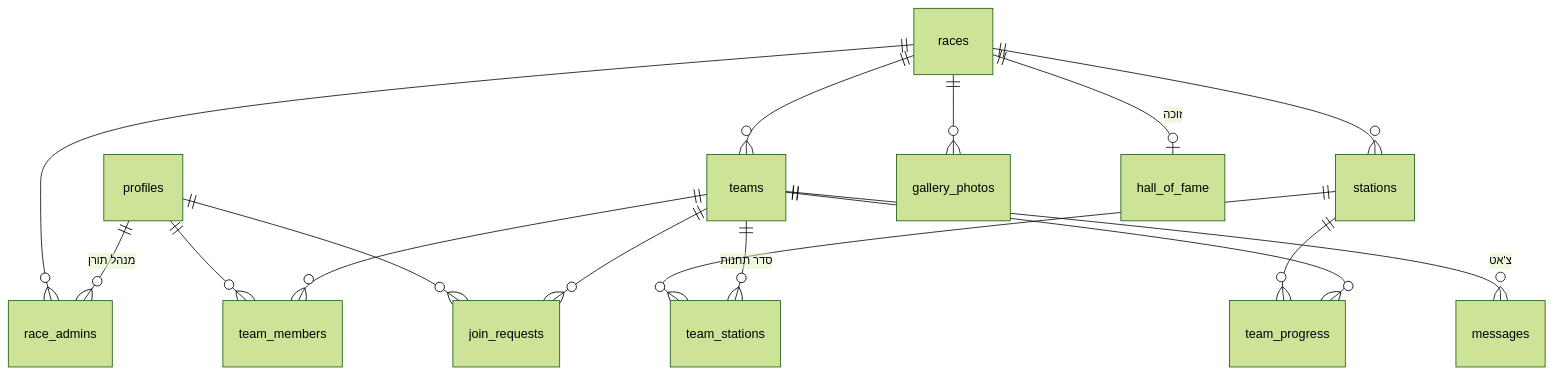
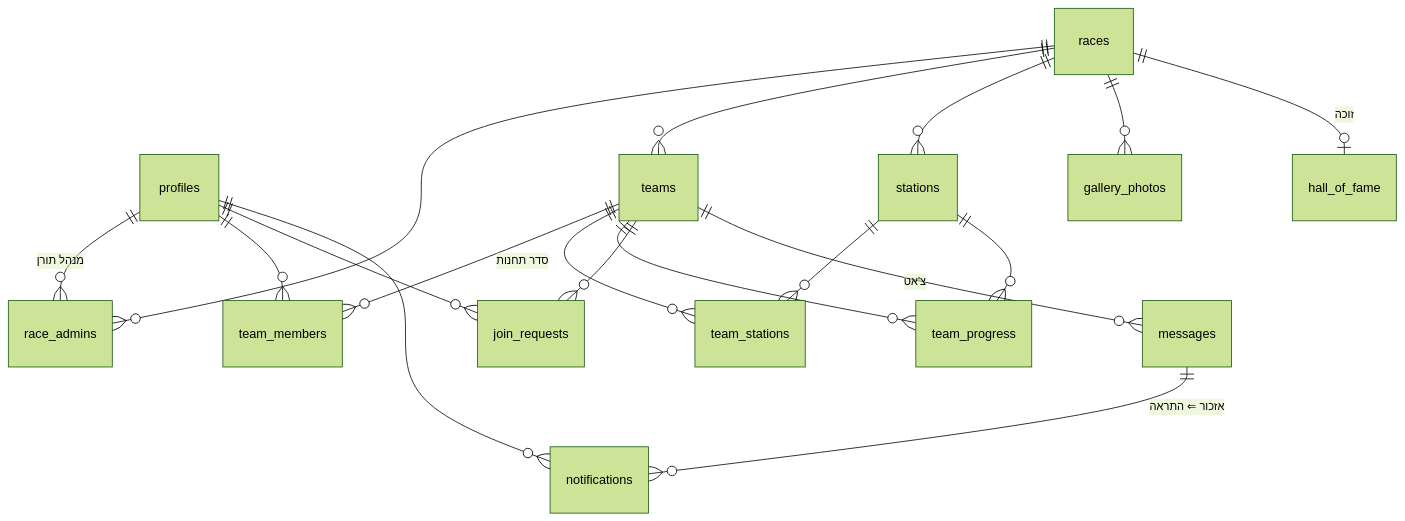
One commit to LironShirazi/cohen-empire changed the diagram in docs/03-data-model.md. Above: the diagram before and after it, drawn with Mermaid (forest theme). The commit also changed other lines of this file and 5 other files, not shown here.

````diff
--- a/docs/03-data-model.md
+++ b/docs/03-data-model.md
@@ -5,18 +5,20 @@
 ```mermaid
 erDiagram
     profiles ||--o{ race_admins : "מנהל תורן"
     races ||--o{ race_admins : ""
     races ||--o{ teams : ""
     races ||--o{ stations : ""
     races ||--o{ gallery_photos : ""
     teams ||--o{ team_members : ""
     profiles ||--o{ team_members : ""
     teams ||--o{ team_stations : "סדר תחנות"
     stations ||--o{ team_stations : ""
     teams ||--o{ team_progress : ""
     stations ||--o{ team_progress : ""
     teams ||--o{ join_requests : ""
     profiles ||--o{ join_requests : ""
     teams ||--o{ messages : "צ'אט"
+    messages ||--o{ notifications : "אזכור ⇐ התראה"
+    profiles ||--o{ notifications : ""
     races ||--o| hall_of_fame : "זוכה"
 ```
````
